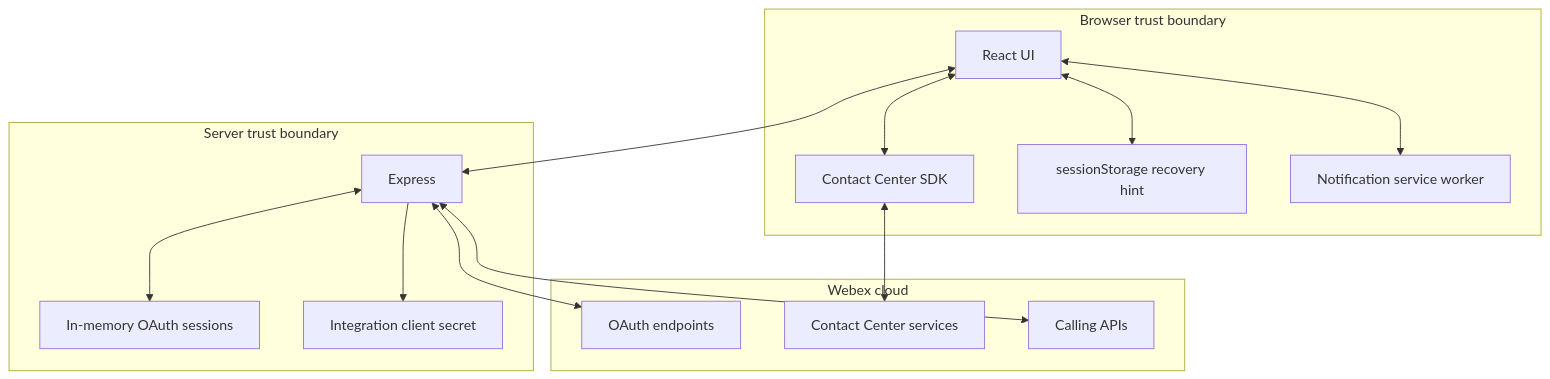
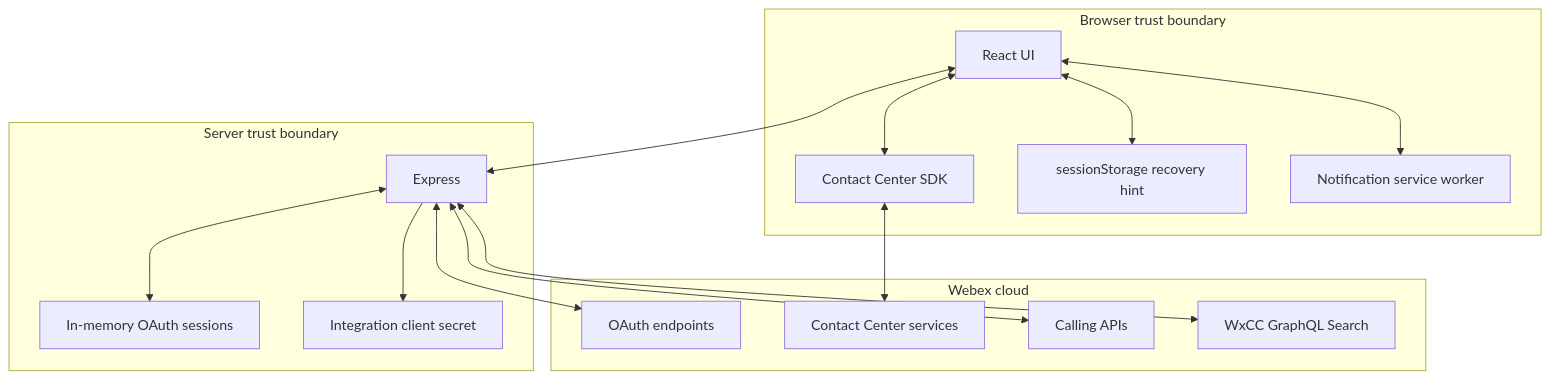
Before and after one commit to aashishberry/webexcc_sdk_app: the second of 9 diagrams in ARCHITECTURE.md, drawn with Mermaid. The commit also changed other lines of this file and 9 other files, not shown here.

Commit message:
add graphql agent performance stats

````diff
--- a/ARCHITECTURE.md
+++ b/ARCHITECTURE.md
@@ -67,31 +69,33 @@
 ```mermaid
 flowchart TB
     subgraph Browser["Browser trust boundary"]
         React["React UI"]
         CCSDK["Contact Center SDK"]
         SessionStorage["sessionStorage recovery hint"]
         ServiceWorker["Notification service worker"]
     end
 
     subgraph ServerBoundary["Server trust boundary"]
         Express["Express"]
         SessionMap["In-memory OAuth sessions"]
         Secret["Integration client secret"]
     end
 
     subgraph WebexBoundary["Webex cloud"]
         Auth["OAuth endpoints"]
         ContactCenter["Contact Center services"]
         CallingApi["Calling APIs"]
+        SearchApi["WxCC GraphQL Search"]
     end
 
     React <--> Express
     React <--> CCSDK
     React <--> SessionStorage
     React <--> ServiceWorker
     CCSDK <--> ContactCenter
     Express <--> Auth
     Express <--> CallingApi
+    Express <--> SearchApi
     Express <--> SessionMap
     Express --> Secret
 ```
````
